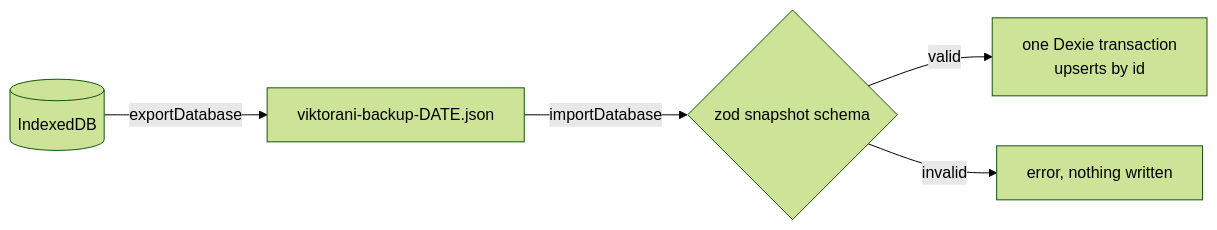
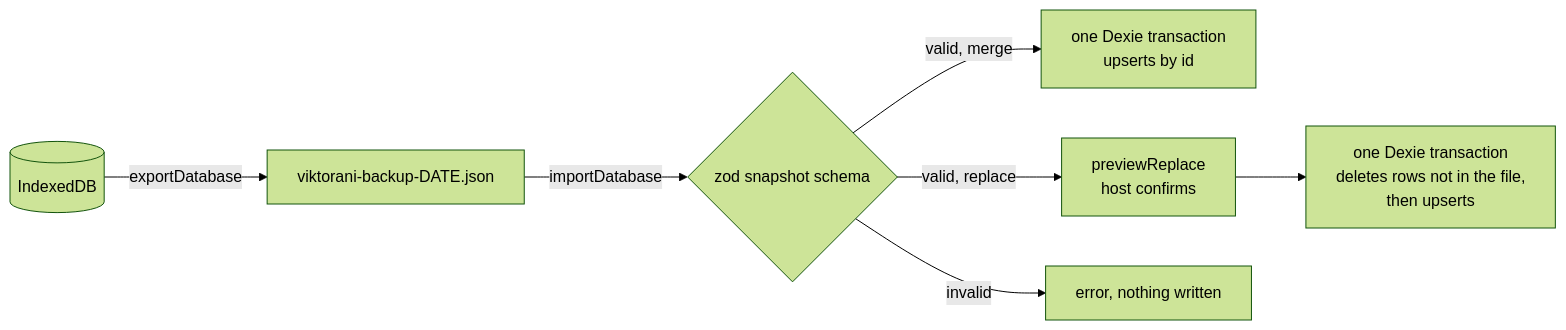
Before and after one commit to morbeo/viktorani: the ninth of 9 diagrams in docs/ARCHITECTURE.md, drawn with Mermaid (forest theme). The commit also changed other lines of this file and 9 other files, not shown here.

First line of the commit message:
feat(db): replace import with a removal preview (#524)

````diff
--- a/docs/ARCHITECTURE.md
+++ b/docs/ARCHITECTURE.md
@@ -413,7 +413,9 @@
 ```mermaid
 flowchart LR
   DB[(IndexedDB)] -- exportDatabase --> JSON[viktorani-backup-DATE.json]
   JSON -- importDatabase --> Z{zod snapshot schema}
-  Z -- valid --> TX[one Dexie transaction<br/>upserts by id]
+  Z -- valid, merge --> TX[one Dexie transaction<br/>upserts by id]
+  Z -- valid, replace --> P[previewReplace<br/>host confirms]
+  P --> TXR[one Dexie transaction<br/>deletes rows not in the file,<br/>then upserts]
   Z -- invalid --> Err[error, nothing written]
 ```
````
